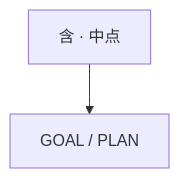
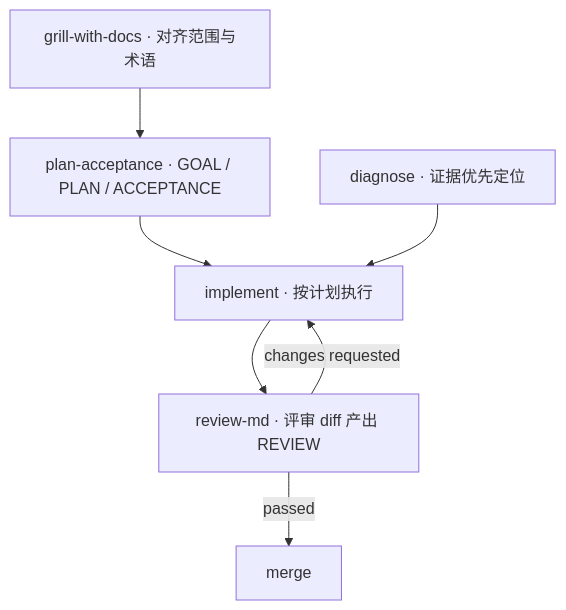
Before and after one commit to EastDong314/EastDong314: the second of 4 diagrams in README.md, drawn with Mermaid. The commit also changed other lines of this file, not shown here.

Commit message:
test: mermaid probe 2

````diff
--- a/README.md
+++ b/README.md
@@ -218,4 +202,9 @@
 ```mermaid
 flowchart TD
-    A["含 · 中点"] --> B["GOAL / PLAN"]
+    A["grill-with-docs · 对齐范围与术语"] --> B["plan-acceptance · GOAL / PLAN / ACCEPTANCE"]
+    B --> C["implement · 按计划执行"]
+    C --> D["review-md · 评审 diff 产出 REVIEW"]
+    D -->|changes requested| C
+    D -->|passed| E["merge"]
+    F["diagnose · 证据优先定位"] --> C
 ```
````
